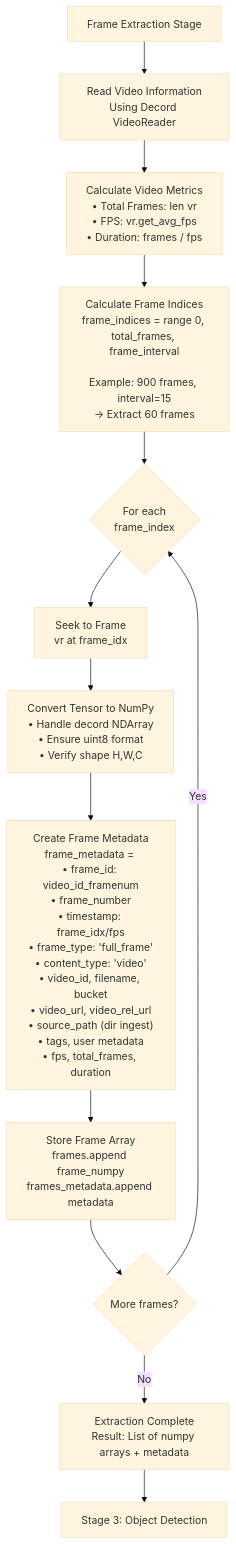
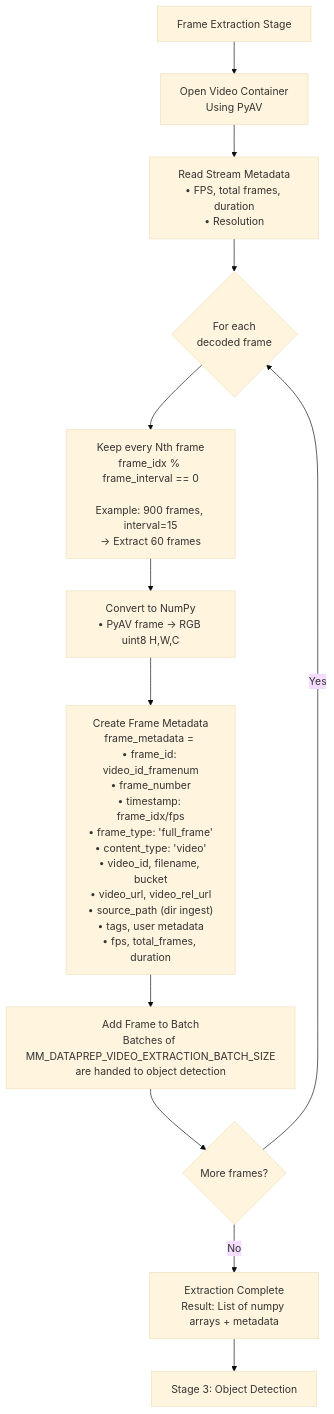
One commit to open-edge-platform/edge-ai-libraries changed the third of 10 diagrams in microservices/visual-data-preparation-for-retrieval/multimodal-dataprep/docs/user-guide/how-it-works-ingestion-flow.md. Above: the diagram before and after it, drawn with Mermaid (base theme). The commit also changed other lines of this file and 312 other files, not shown here.

````diff
--- a/microservices/visual-data-preparation-for-retrieval/multimodal-dataprep/docs/user-guide/how-it-works-ingestion-flow.md
+++ b/microservices/visual-data-preparation-for-retrieval/multimodal-dataprep/docs/user-guide/how-it-works-ingestion-flow.md
@@ -85,27 +85,25 @@
 ```mermaid
 flowchart TD
-    START[Frame Extraction Stage] --> VIDEO_INFO[Read Video Information<br/>Using Decord VideoReader]
+    START[Frame Extraction Stage] --> VIDEO_INFO[Open Video Container<br/>Using PyAV]
 
-    VIDEO_INFO --> CALC[Calculate Video Metrics<br/>• Total Frames: len vr<br/>• FPS: vr.get_avg_fps<br/>• Duration: frames / fps]
+    VIDEO_INFO --> CALC[Read Stream Metadata<br/>• FPS, total frames, duration<br/>• Resolution]
 
-    CALC --> INTERVAL[Calculate Frame Indices<br/>frame_indices = range 0, total_frames, frame_interval<br/><br/>Example: 900 frames, interval=15<br/>→ Extract 60 frames]
+    CALC --> EXTRACT_LOOP{For each<br/>decoded frame}
 
-    INTERVAL --> EXTRACT_LOOP{For each<br/>frame_index}
+    EXTRACT_LOOP --> INTERVAL[Keep every Nth frame<br/>frame_idx % frame_interval == 0<br/><br/>Example: 900 frames, interval=15<br/>→ Extract 60 frames]
 
-    EXTRACT_LOOP --> SEEK[Seek to Frame<br/>vr at frame_idx]
-
-    SEEK --> CONVERT[Convert Tensor to NumPy<br/>• Handle decord NDArray<br/>• Ensure uint8 format<br/>• Verify shape H,W,C]
+    INTERVAL --> CONVERT[Convert to NumPy<br/>• PyAV frame → RGB uint8 H,W,C]
 
     CONVERT --> META["Create Frame Metadata<br/>frame_metadata = <br/>• frame_id: video_id_framenum<br/>• frame_number<br/>• timestamp: frame_idx/fps<br/>• frame_type: 'full_frame'<br/>• content_type: 'video'<br/>• video_id, filename, bucket<br/>• video_url, video_rel_url<br/>• source_path (dir ingest)<br/>• tags, user metadata<br/>• fps, total_frames, duration"]
 
-    META --> STORE_FRAME[Store Frame Array<br/>frames.append frame_numpy<br/>frames_metadata.append metadata]
+    META --> STORE_FRAME[Add Frame to Batch<br/>Batches of MM_DATAPREP_VIDEO_EXTRACTION_BATCH_SIZE<br/>are handed to object detection]
 
     STORE_FRAME --> MORE{More frames?}
 
     MORE -->|Yes| EXTRACT_LOOP
     MORE -->|No| COMPLETE[Extraction Complete<br/>Result: List of numpy arrays + metadata]
 
     COMPLETE --> DETECT_STAGE[Stage 3: Object Detection]
 
 
 ```
````
